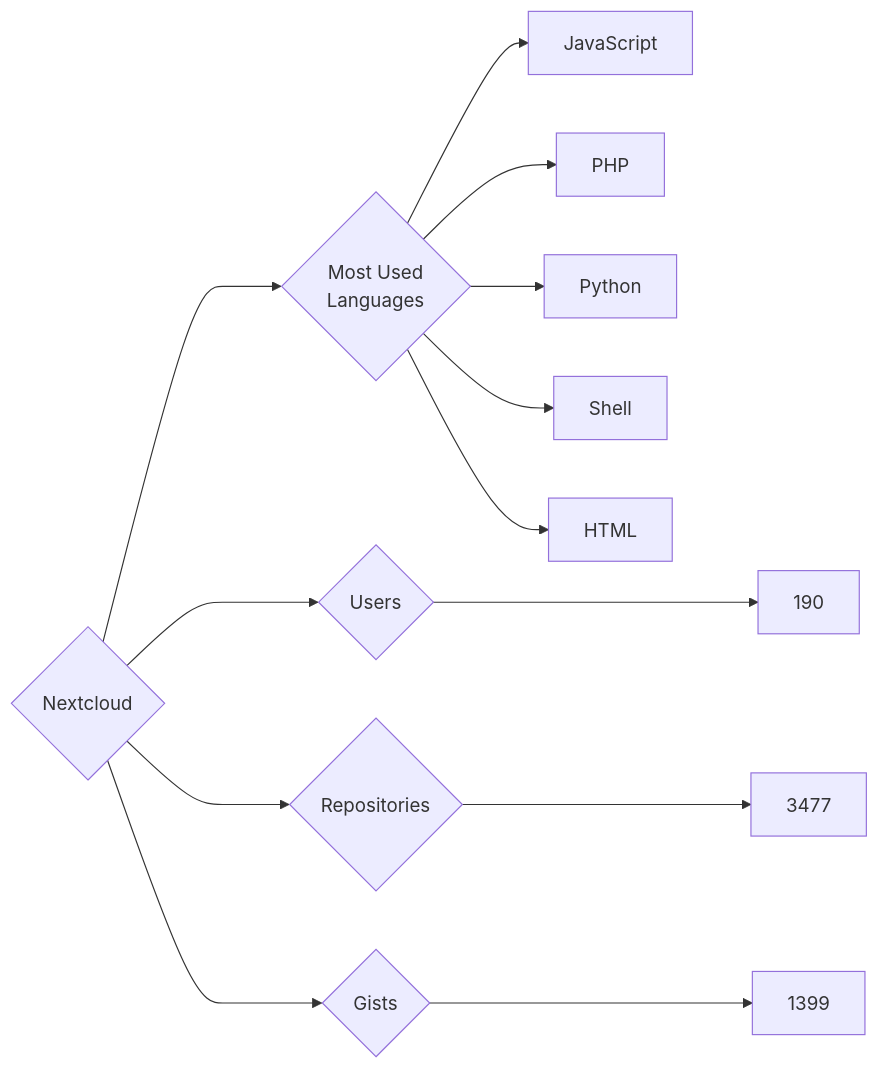
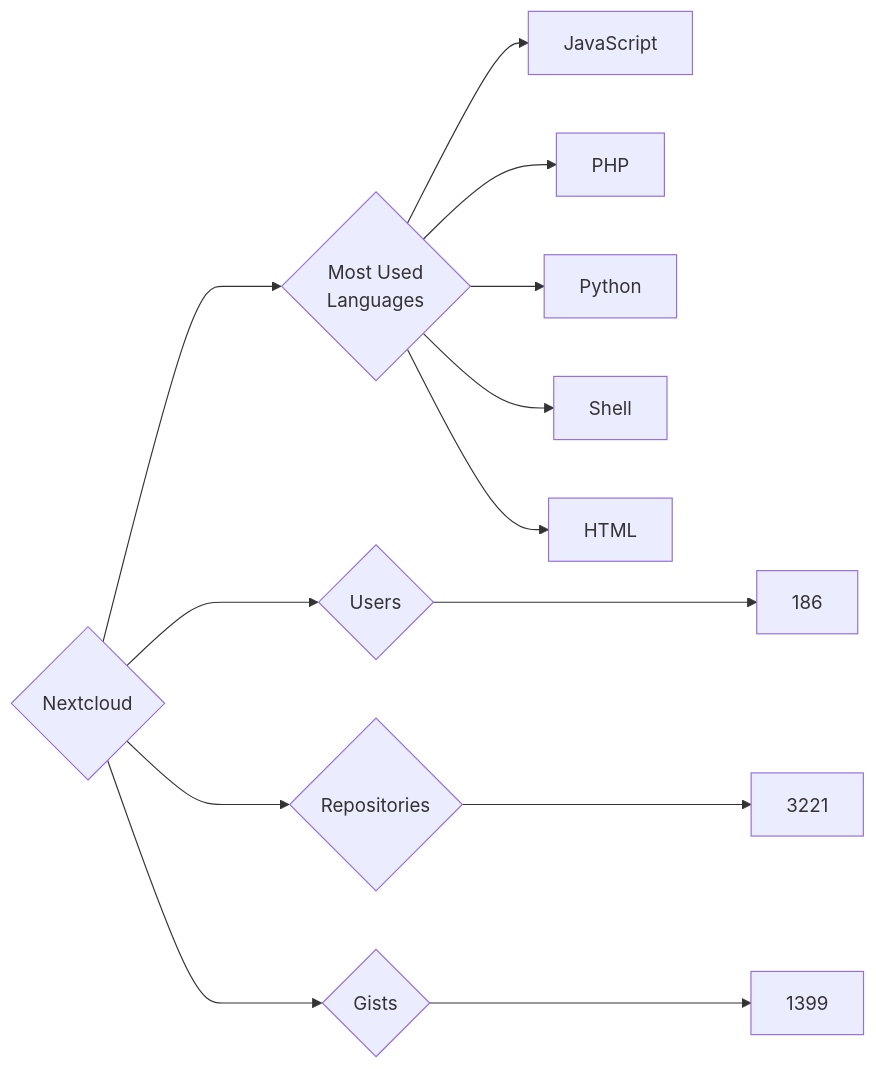
Before and after one commit to trickest/insiders: the diagram in targets/Nextcloud/README.md, drawn with Mermaid. The commit also changed 940 other files, not shown here.

````diff
--- a/targets/Nextcloud/README.md
+++ b/targets/Nextcloud/README.md
@@ -3,13 +3,13 @@
 ```mermaid
 graph LR
 COMPANY_NAME{Nextcloud}
-COMPANY_NAME ---> U{Users} ---> UN[190]
-COMPANY_NAME ---> R{Repositories} ---> RN[3477]
+COMPANY_NAME ---> U{Users} ---> UN[186]
+COMPANY_NAME ---> R{Repositories} ---> RN[3221]
 COMPANY_NAME ---> G{Gists} ---> GN[1399]
 COMPANY_NAME ---> ML{Most Used<br>Languages}
 ML --> JavaScript[JavaScript]
 ML --> PHP[PHP]
 ML --> Python[Python]
 ML --> Shell[Shell]
 ML --> HTML[HTML]
 ```
````
